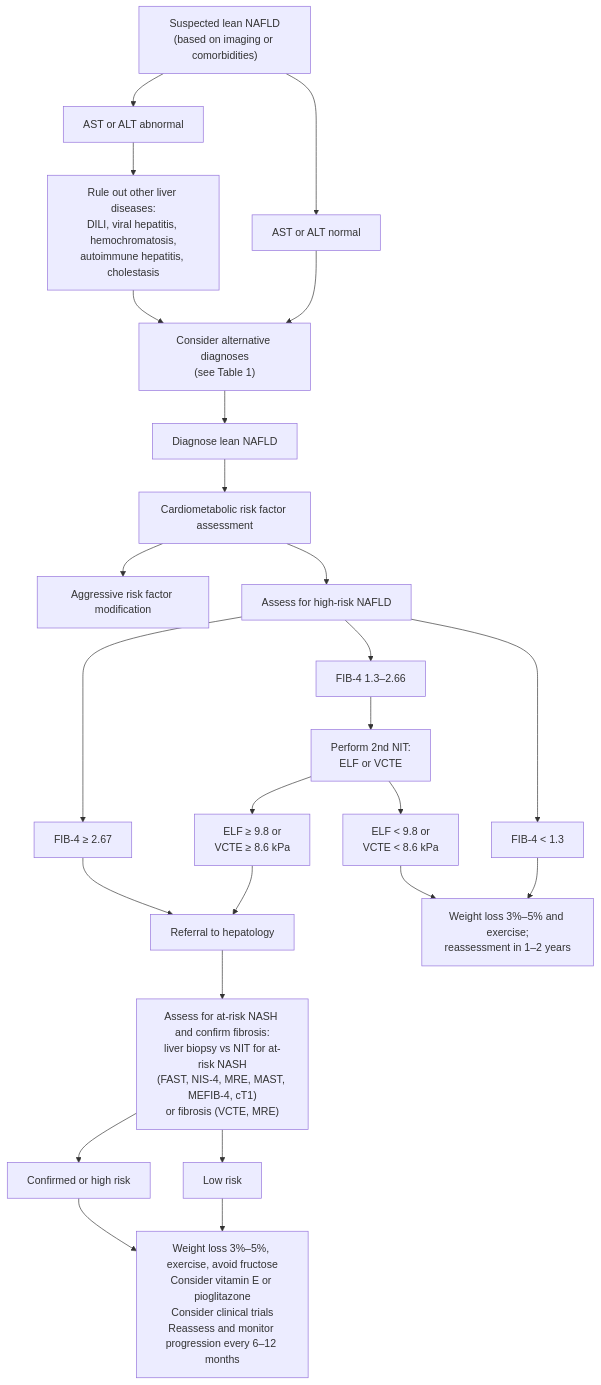
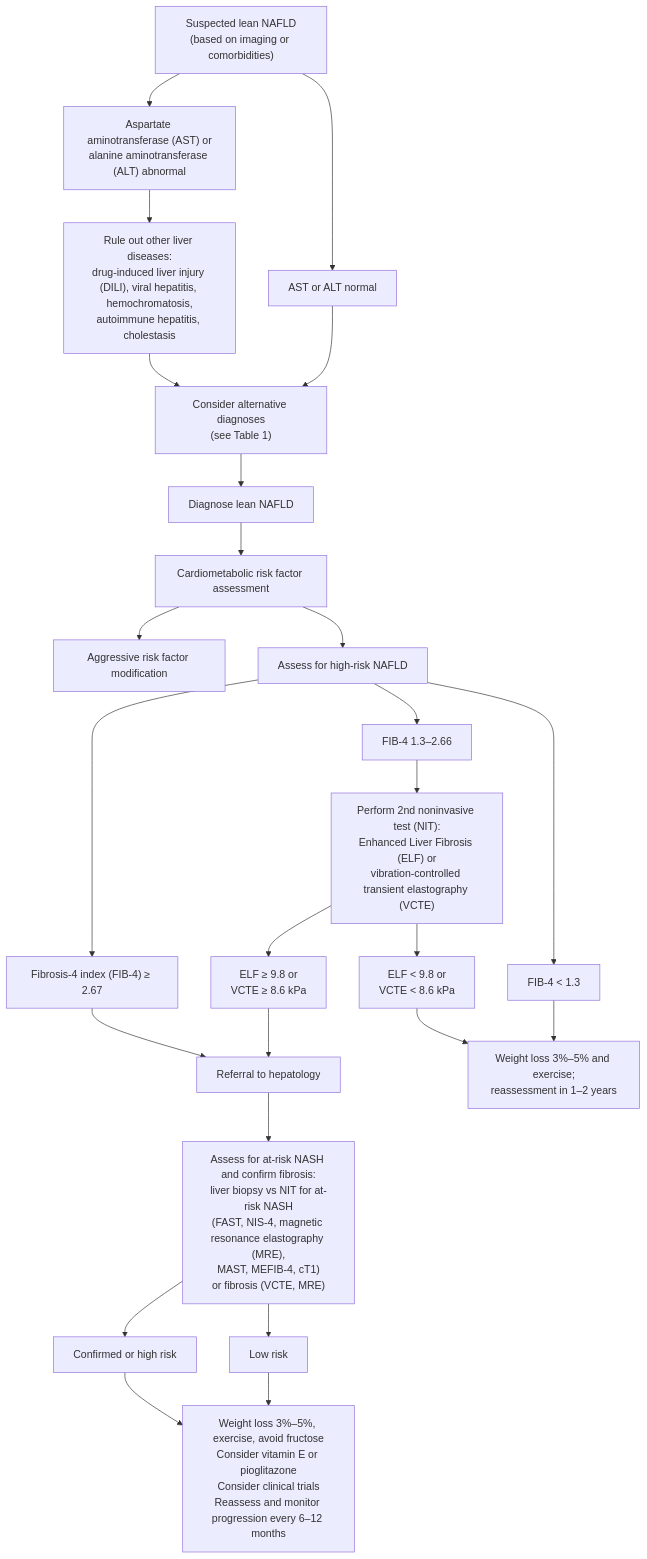
One commit to KHNickLeMD/KHNL-GI-Wiki changed the diagram in KHNL-GI-Wiki/wiki/1-disease-scripts/hepatology-diseases/lean-nafld.md. Above: the diagram before and after it, drawn with Mermaid. The commit also changed other lines of this file and 620 other files, not shown here.

Commit message:
Style: spell out abbreviations on first use — new rule + whole-wiki pass (partial)

````diff
--- a/KHNL-GI-Wiki/wiki/1-disease-scripts/hepatology-diseases/lean-nafld.md
+++ b/KHNL-GI-Wiki/wiki/1-disease-scripts/hepatology-diseases/lean-nafld.md
@@ -83,27 +83,27 @@
 ```mermaid
 flowchart TD
-    A["Suspected lean NAFLD<br/>(based on imaging or comorbidities)"] --> B["AST or ALT abnormal"]
+    A["Suspected lean NAFLD<br/>(based on imaging or comorbidities)"] --> B["Aspartate aminotransferase (AST) or<br/>alanine aminotransferase (ALT) abnormal"]
     A --> C["AST or ALT normal"]
-    B --> D["Rule out other liver diseases:<br/>DILI, viral hepatitis, hemochromatosis,<br/>autoimmune hepatitis, cholestasis"]
+    B --> D["Rule out other liver diseases:<br/>drug-induced liver injury (DILI), viral hepatitis, hemochromatosis,<br/>autoimmune hepatitis, cholestasis"]
     D --> E["Consider alternative diagnoses<br/>(see Table 1)"]
     C --> E
     E --> F["Diagnose lean NAFLD"]
     F --> G["Cardiometabolic risk factor assessment"]
     G --> H["Aggressive risk factor modification"]
     G --> I["Assess for high-risk NAFLD"]
-    I --> J["FIB-4 ≥ 2.67"]
+    I --> J["Fibrosis-4 index (FIB-4) ≥ 2.67"]
     I --> K["FIB-4 1.3–2.66"]
     I --> L["FIB-4 &lt; 1.3"]
-    K --> N["Perform 2nd NIT:<br/>ELF or VCTE"]
+    K --> N["Perform 2nd noninvasive test (NIT):<br/>Enhanced Liver Fibrosis (ELF) or<br/>vibration-controlled transient elastography (VCTE)"]
     N --> O["ELF ≥ 9.8 or<br/>VCTE ≥ 8.6 kPa"]
     N --> P["ELF &lt; 9.8 or<br/>VCTE &lt; 8.6 kPa"]
     J --> M["Referral to hepatology"]
     O --> M
-    M --> Q["Assess for at-risk NASH and confirm fibrosis:<br/>liver biopsy vs NIT for at-risk NASH<br/>(FAST, NIS-4, MRE, MAST, MEFIB-4, cT1)<br/>or fibrosis (VCTE, MRE)"]
+    M --> Q["Assess for at-risk NASH and confirm fibrosis:<br/>liver biopsy vs NIT for at-risk NASH<br/>(FAST, NIS-4, magnetic resonance elastography (MRE),<br/>MAST, MEFIB-4, cT1)<br/>or fibrosis (VCTE, MRE)"]
     Q --> R["Confirmed or high risk"]
     Q --> S["Low risk"]
     R --> T["Weight loss 3%–5%, exercise, avoid fructose<br/>Consider vitamin E or pioglitazone<br/>Consider clinical trials<br/>Reassess and monitor progression every 6–12 months"]
     S --> T
     P --> U["Weight loss 3%–5% and exercise;<br/>reassessment in 1–2 years"]
     L --> U
 ```
````
